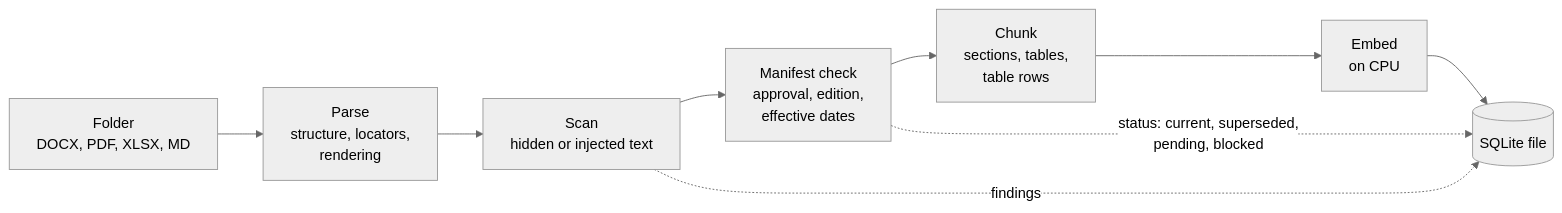
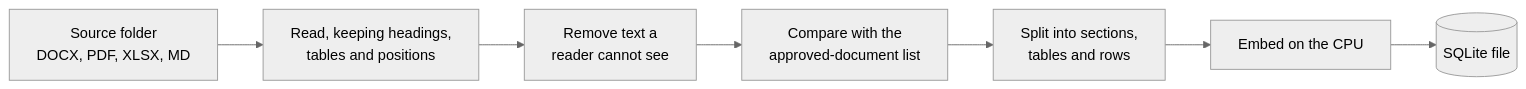
Before and after one commit to Treasure1201/kestrel: the second of 2 diagrams in docs/ARCHITECTURE.md, drawn with Mermaid (neutral theme). The commit also changed other lines of this file and 1 other file, not shown here.

First line of the commit message:
docs: final pass on the architecture document and the assistant guide

````diff
--- a/docs/ARCHITECTURE.md
+++ b/docs/ARCHITECTURE.md
@@ -57,11 +61,9 @@
 ```mermaid
 flowchart LR
-    F["Folder<br/>DOCX, PDF, XLSX, MD"] --> P["Parse<br/>structure, locators,<br/>rendering"]
-    P --> S["Scan<br/>hidden or injected text"]
-    S --> M["Manifest check<br/>approval, edition,<br/>effective dates"]
-    M --> K["Chunk<br/>sections, tables,<br/>table rows"]
-    K --> V["Embed<br/>on CPU"]
+    F["Source folder<br/>DOCX, PDF, XLSX, MD"] --> P["Read, keeping headings,<br/>tables and positions"]
+    P --> S["Remove text a<br/>reader cannot see"]
+    S --> M["Compare with the<br/>approved-document list"]
+    M --> K["Split into sections,<br/>tables and rows"]
+    K --> V["Embed on the CPU"]
     V --> DB[("SQLite file")]
-    S -. findings .-> DB
-    M -. "status: current, superseded,<br/>pending, blocked" .-> DB
 ```
````
